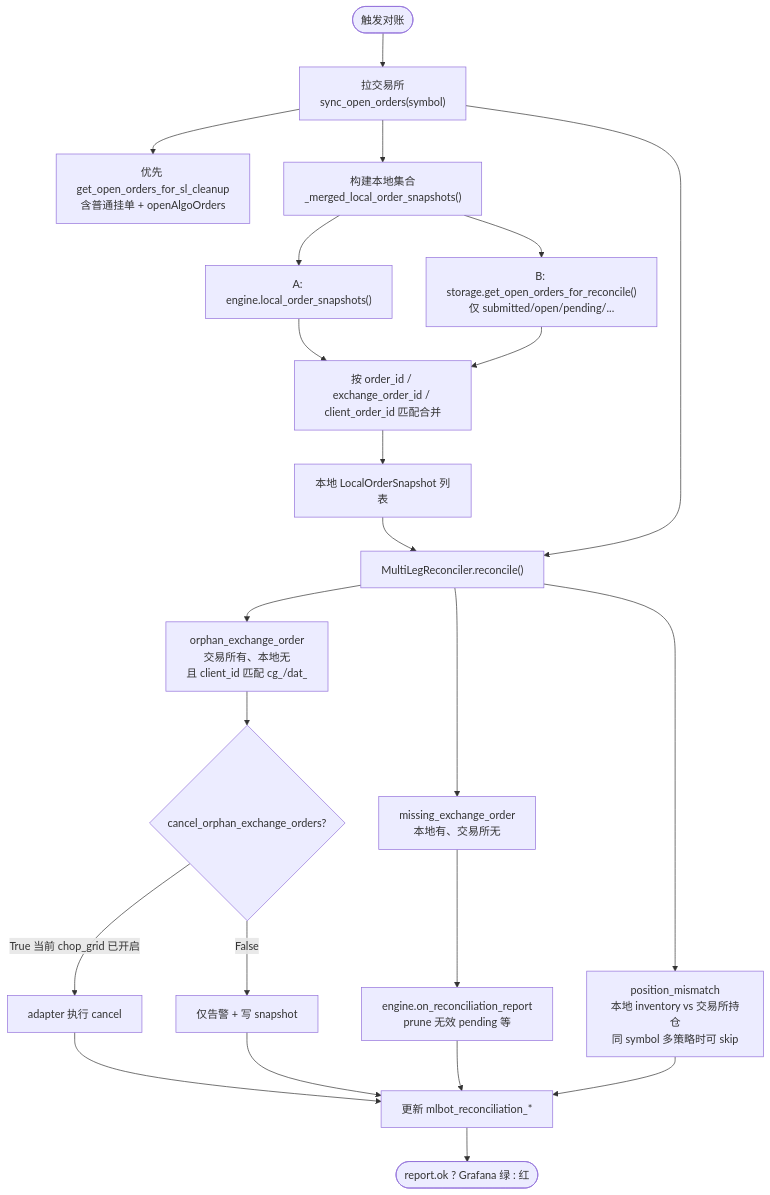
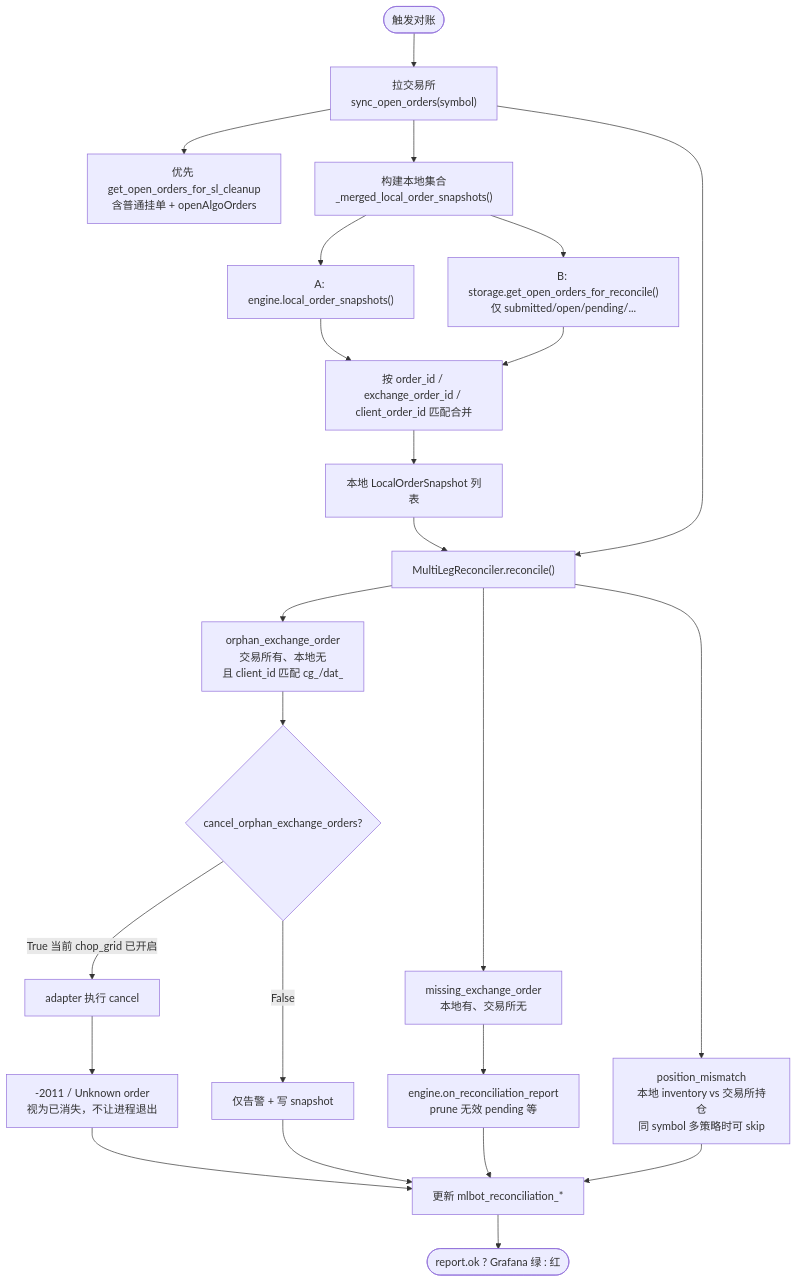
One commit to SnYang096/ml-trading-bot changed the second of 6 diagrams in docs/deployment/HEDGE_RECONCILIATION_CN.md. Above: the diagram before and after it, drawn with Mermaid. The commit also changed other lines of this file, not shown here.

First line of the commit message:
Document hedge reconcile cancel idempotency and startup crash case.

````diff
--- a/docs/deployment/HEDGE_RECONCILIATION_CN.md
+++ b/docs/deployment/HEDGE_RECONCILIATION_CN.md
@@ -102,31 +102,32 @@
 ```mermaid
 flowchart TD
     Start([触发对账]) --> PullEx["拉交易所<br/>sync_open_orders(symbol)"]
     PullEx --> NoteEx["优先 get_open_orders_for_sl_cleanup<br/>含普通挂单 + openAlgoOrders"]
     PullEx --> MergeLocal["构建本地集合<br/>_merged_local_order_snapshots()"]
 
     MergeLocal --> Eng["A: engine.local_order_snapshots()"]
     MergeLocal --> DBOpen["B: storage.get_open_orders_for_reconcile()<br/>仅 submitted/open/pending/..."]
     Eng --> Match["按 order_id / exchange_order_id / client_order_id 匹配合并"]
     DBOpen --> Match
     Match --> LocalSet["本地 LocalOrderSnapshot 列表"]
 
     LocalSet --> Cmp["MultiLegReconciler.reconcile()"]
     PullEx --> Cmp
 
     Cmp --> Missing["missing_exchange_order<br/>本地有、交易所无"]
     Cmp --> Orphan["orphan_exchange_order<br/>交易所有、本地无<br/>且 client_id 匹配 cg_/dat_"]
     Cmp --> PosMM["position_mismatch<br/>本地 inventory vs 交易所持仓<br/>同 symbol 多策略时可 skip"]
 
     Orphan --> Policy{"cancel_orphan_exchange_orders?"}
     Policy -->|True 当前 chop_grid 已开启| Cancel["adapter 执行 cancel"]
+    Cancel --> Gone["-2011 / Unknown order<br/>视为已消失，不让进程退出"]
     Policy -->|False| WarnOnly["仅告警 + 写 snapshot"]
 
     Missing --> EngineHook["engine.on_reconciliation_report<br/>prune 无效 pending 等"]
-    Cancel --> Metrics["更新 mlbot_reconciliation_*"]
+    Gone --> Metrics["更新 mlbot_reconciliation_*"]
     WarnOnly --> Metrics
     EngineHook --> Metrics
     PosMM --> Metrics
 
     Metrics --> End([report.ok ? Grafana 绿 : 红])
 ```
````
